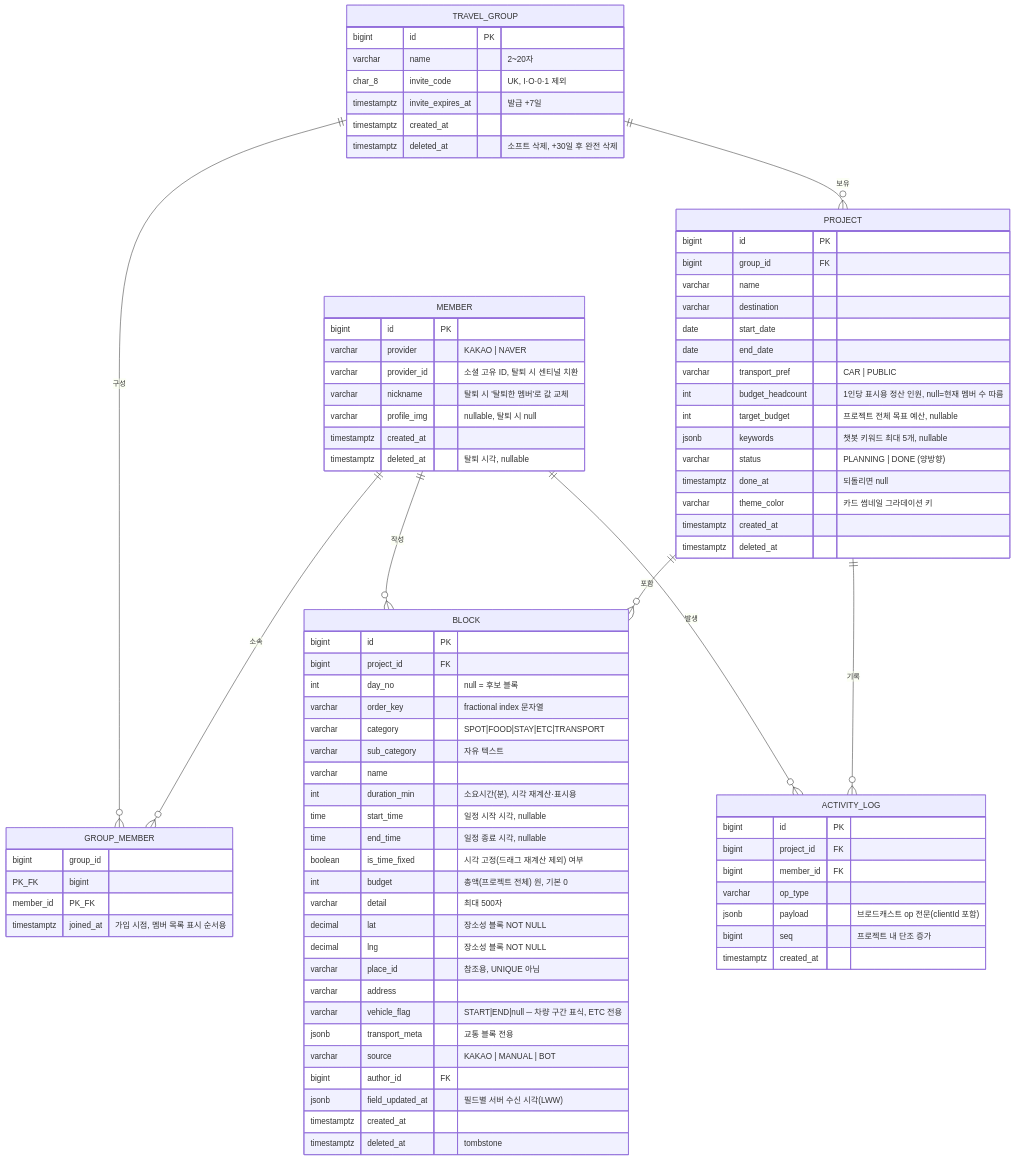
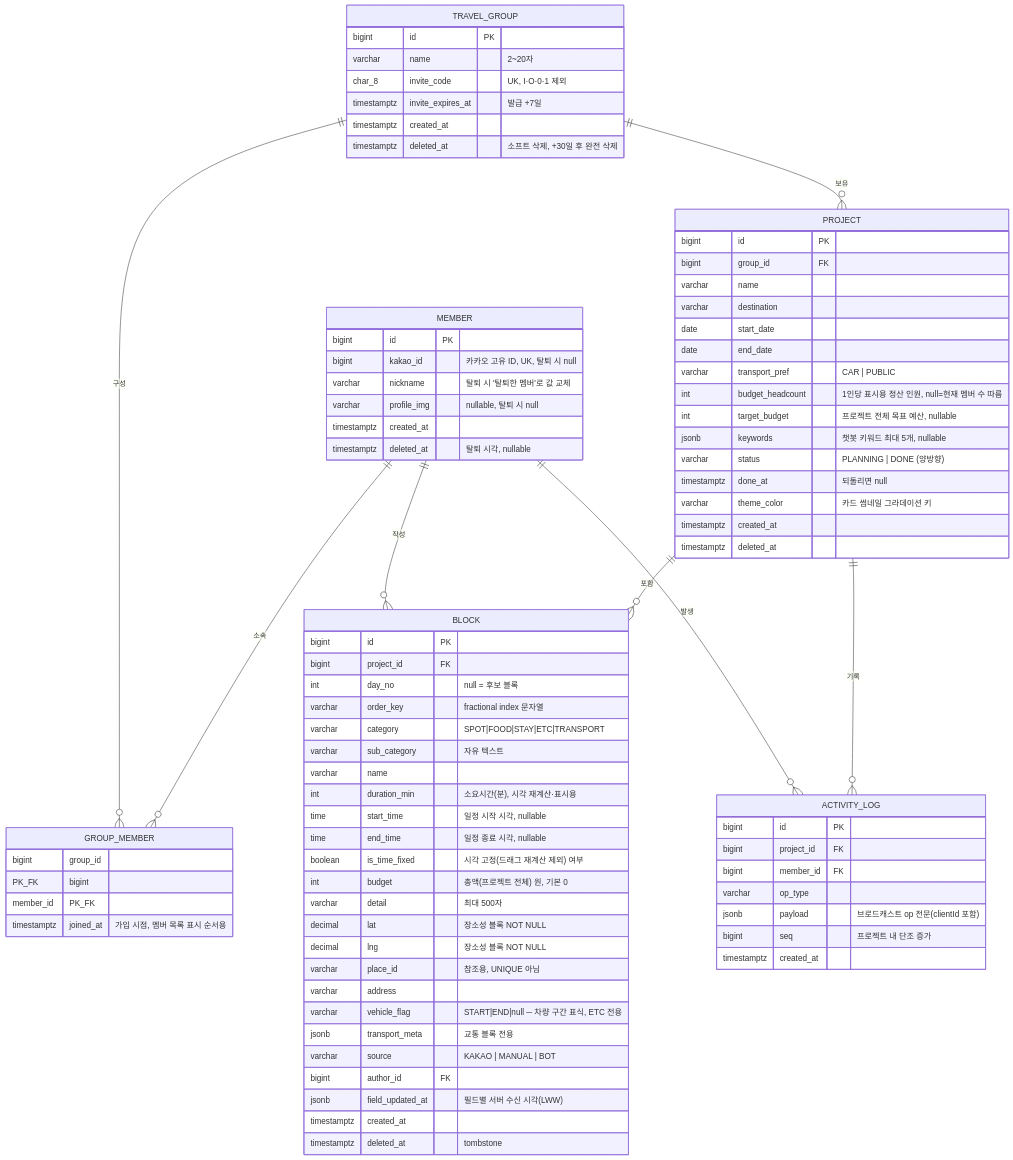
One commit to prgmd/ieumgil changed the diagram in docs/erd/ERD.md. Above: the diagram before and after it, drawn with Mermaid. The commit also changed other lines of this file and 2 other files, not shown here.

Commit message:
docs: 회원 소셜 식별자 kakaoId 단일 컬럼으로 수정 + 탈퇴 시 null

```diff
--- a/docs/erd/ERD.md
+++ b/docs/erd/ERD.md
@@ -31,8 +31,7 @@
 
     MEMBER {
         bigint id PK
-        varchar provider "KAKAO | NAVER"
-        varchar provider_id "소셜 고유 ID, 탈퇴 시 센티널 치환"
+        bigint kakao_id "카카오 고유 ID, UK, 탈퇴 시 null"
         varchar nickname "탈퇴 시 '탈퇴한 멤버'로 값 교체"
         varchar profile_img "nullable, 탈퇴 시 null"
         timestamptz created_at
```
